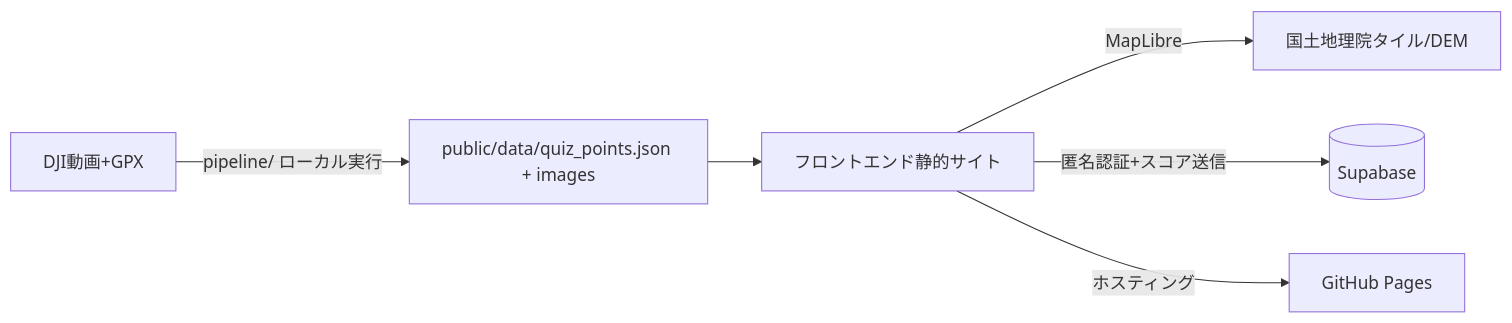
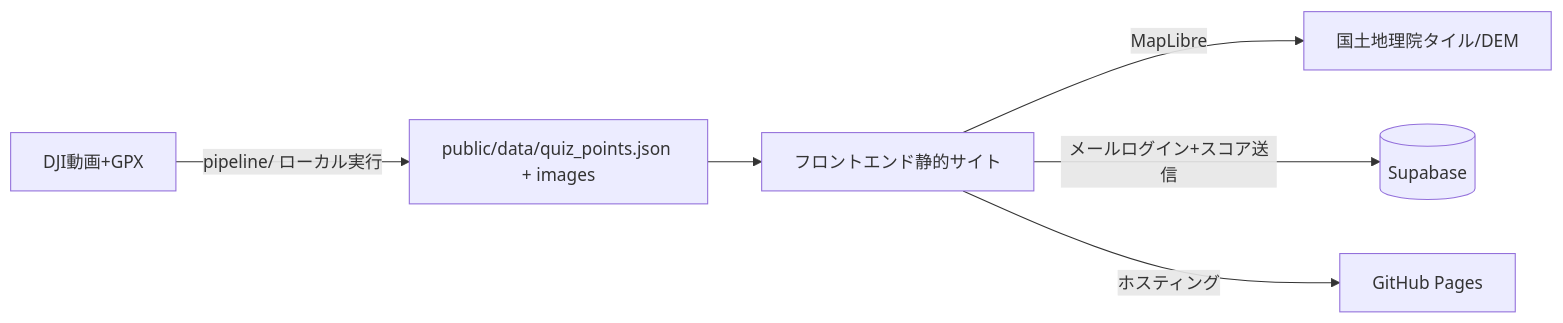
One commit to ry32767/YamaGuessr changed the first of 2 diagrams in docs/spec.md. Above: the diagram before and after it, drawn with Mermaid. The commit also changed other lines of this file and 11 other files, not shown here.

````diff
--- a/docs/spec.md
+++ b/docs/spec.md
@@ -276,8 +292,8 @@
 ```mermaid
 flowchart LR
     Video[DJI動画+GPX] -->|pipeline/ ローカル実行| QuizData[public/data/quiz_points.json + images]
     QuizData --> FE[フロントエンド静的サイト]
     FE -->|MapLibre| GSI[国土地理院タイル/DEM]
-    FE -->|匿名認証+スコア送信| SB[(Supabase)]
+    FE -->|メールログイン+スコア送信| SB[(Supabase)]
     FE -->|ホスティング| GHPages[GitHub Pages]
 ```
````
